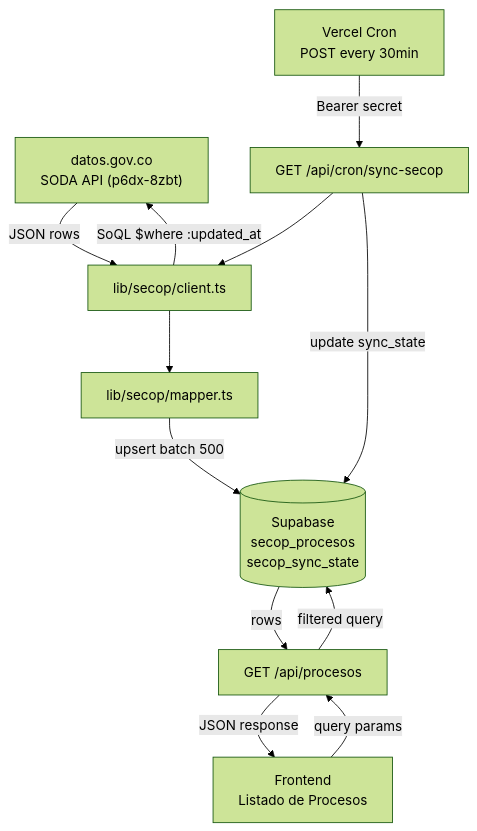
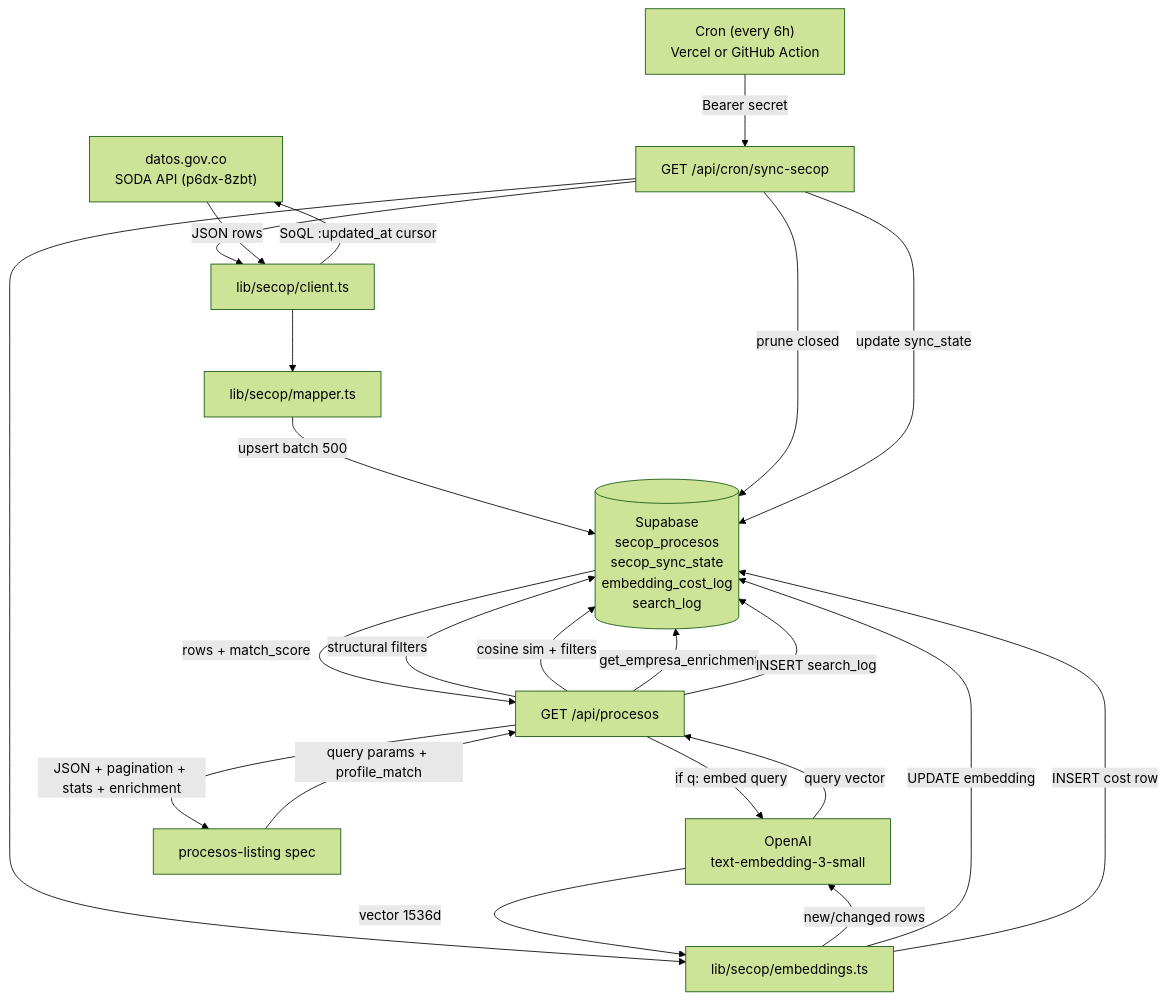
One commit to agentezai/coltratos changed the first of 2 diagrams in docs/ingesta-secop/spec/spec.md. Above: the diagram before and after it, drawn with Mermaid (forest theme). The commit also changed other lines of this file and 27 other files, not shown here.

First line of the commit message:
docs(ingesta-secop+procesos-listing): discovery scope alignment + cuantia_min/max rename

````diff
--- a/docs/ingesta-secop/spec/spec.md
+++ b/docs/ingesta-secop/spec/spec.md
@@ -224,24 +259,37 @@
 ```mermaid
 flowchart TD
     SODA["datos.gov.co\nSODA API (p6dx-8zbt)"]
-    Cron["Vercel Cron\nPOST every 30min"]
+    Cron["Cron (every 6h)\nVercel or GitHub Action"]
     CronRoute["GET /api/cron/sync-secop"]
     Client["lib/secop/client.ts"]
     Mapper["lib/secop/mapper.ts"]
-    DB[("Supabase\nsecop_procesos\nsecop_sync_state")]
+    Embedder["lib/secop/embeddings.ts"]
+    OpenAI["OpenAI\ntext-embedding-3-small"]
+    DB[("Supabase\nsecop_procesos\nsecop_sync_state\nembedding_cost_log\nsearch_log")]
     ProcesosRoute["GET /api/procesos"]
-    Frontend["Frontend\nListado de Procesos"]
+    Frontend["procesos-listing spec"]
 
     Cron -->|Bearer secret| CronRoute
     CronRoute --> Client
-    Client -->|SoQL $where :updated_at| SODA
+    Client -->|SoQL :updated_at cursor| SODA
     SODA -->|JSON rows| Client
     Client --> Mapper
     Mapper -->|upsert batch 500| DB
+    CronRoute -->|prune closed| DB
+    CronRoute --> Embedder
+    Embedder -->|new/changed rows| OpenAI
+    OpenAI -->|vector 1536d| Embedder
+    Embedder -->|UPDATE embedding| DB
+    Embedder -->|INSERT cost row| DB
     CronRoute -->|update sync_state| DB
 
-    Frontend -->|query params| ProcesosRoute
-    ProcesosRoute -->|filtered query| DB
-    DB -->|rows| ProcesosRoute
-    ProcesosRoute -->|JSON response| Frontend
+    Frontend -->|query params + profile_match| ProcesosRoute
+    ProcesosRoute -->|structural filters| DB
+    ProcesosRoute -->|if q: embed query| OpenAI
+    OpenAI -->|query vector| ProcesosRoute
+    ProcesosRoute -->|cosine sim + filters| DB
+    DB -->|rows + match_score| ProcesosRoute
+    ProcesosRoute -->|get_empresa_enrichment| DB
+    ProcesosRoute -->|INSERT search_log| DB
+    ProcesosRoute -->|JSON + pagination + stats + enrichment| Frontend
 ```
````
